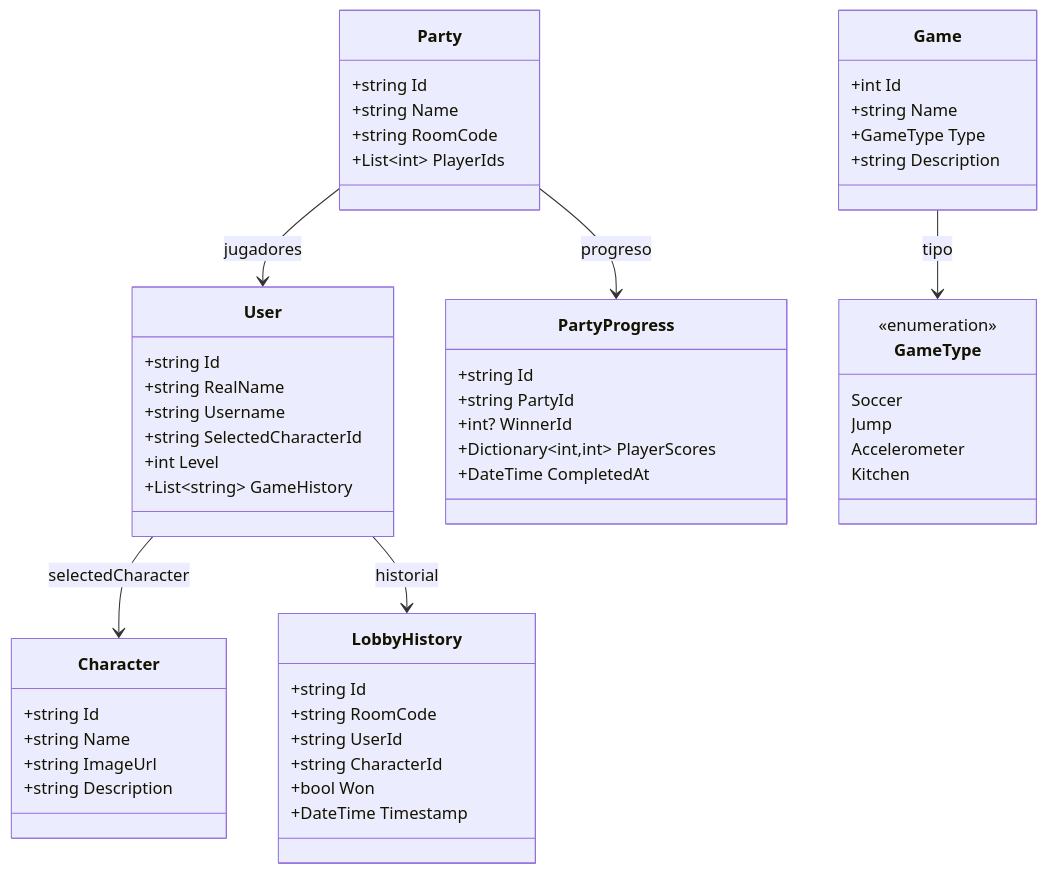
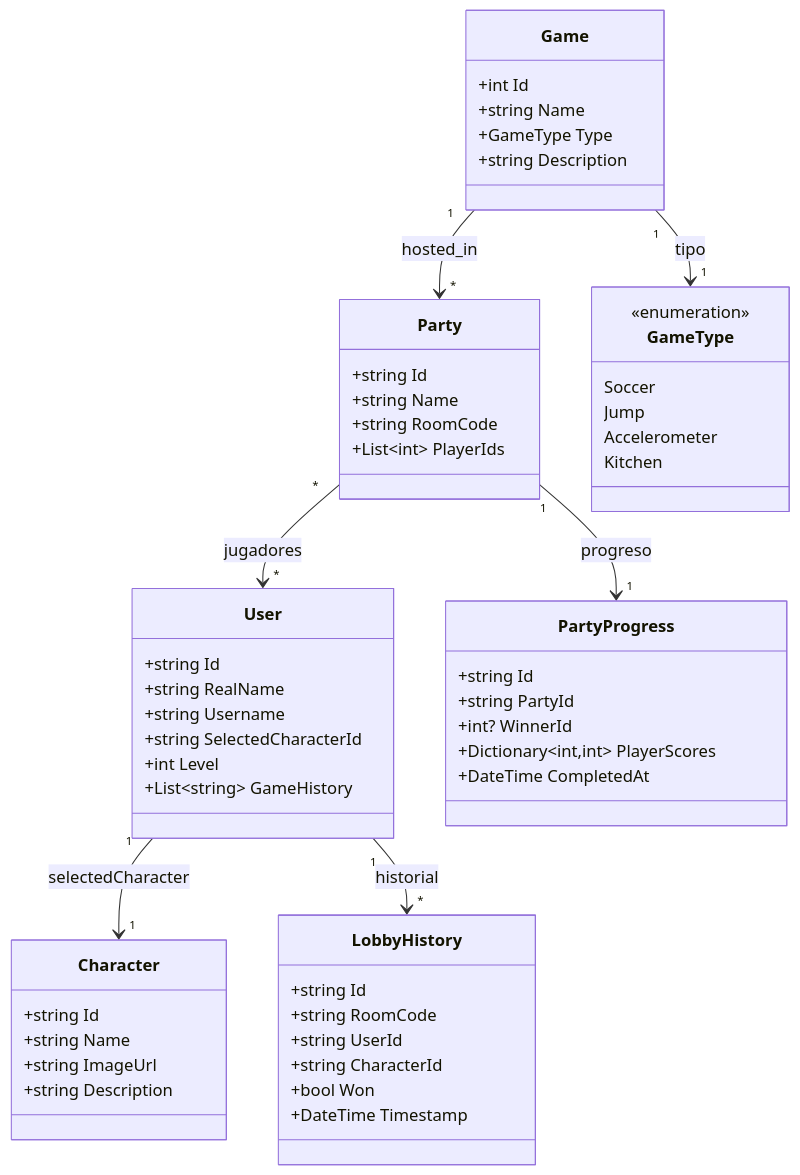
One commit to asimanstudios/ChirbitsLink-REPO changed the first of 15 diagrams in dev/ChibitsLink/docs/Diagramas.md. Above: the diagram before and after it, drawn with Mermaid. The commit also changed other lines of this file and 1000 other files, not shown here.

Commit message:
setup-ajustes+gantt

````diff
--- a/dev/ChibitsLink/docs/Diagramas.md
+++ b/dev/ChibitsLink/docs/Diagramas.md
@@ -11,65 +11,66 @@
 ```mermaid
 classDiagram
     direction TB
 
     class User {
         +string Id
         +string RealName
         +string Username
         +string SelectedCharacterId
         +int Level
         +List~string~ GameHistory
     }
 
     class Character {
         +string Id
         +string Name
         +string ImageUrl
         +string Description
     }
 
     class Game {
         +int Id
         +string Name
         +GameType Type
         +string Description
     }
 
     class Party {
         +string Id
         +string Name
         +string RoomCode
         +List~int~ PlayerIds
     }
 
     class PartyProgress {
         +string Id
         +string PartyId
         +int? WinnerId
         +Dictionary~int,int~ PlayerScores
         +DateTime CompletedAt
     }
 
     class LobbyHistory {
         +string Id
         +string RoomCode
         +string UserId
         +string CharacterId
         +bool Won
         +DateTime Timestamp
     }
 
     class GameType {
         <<enumeration>>
         Soccer
         Jump
         Accelerometer
         Kitchen
     }
 
-    User --> Character : selectedCharacter
-    User --> LobbyHistory : historial
-    Party --> PartyProgress : progreso
-    Party --> User : jugadores
-    Game --> GameType : tipo
+    User "1" --> "1" Character : selectedCharacter
+    User "1" --> "*" LobbyHistory : historial
+    Party "1" --> "1" PartyProgress : progreso
+    Party "*" --> "*" User : jugadores
+    Game "1" --> "1" GameType : tipo
+    Game "1" --> "*" Party : hosted_in
 ```
````
